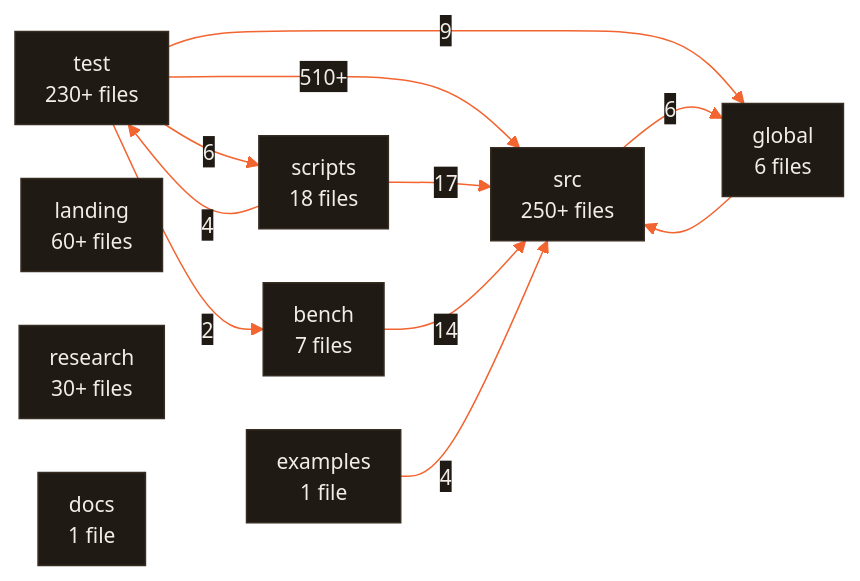
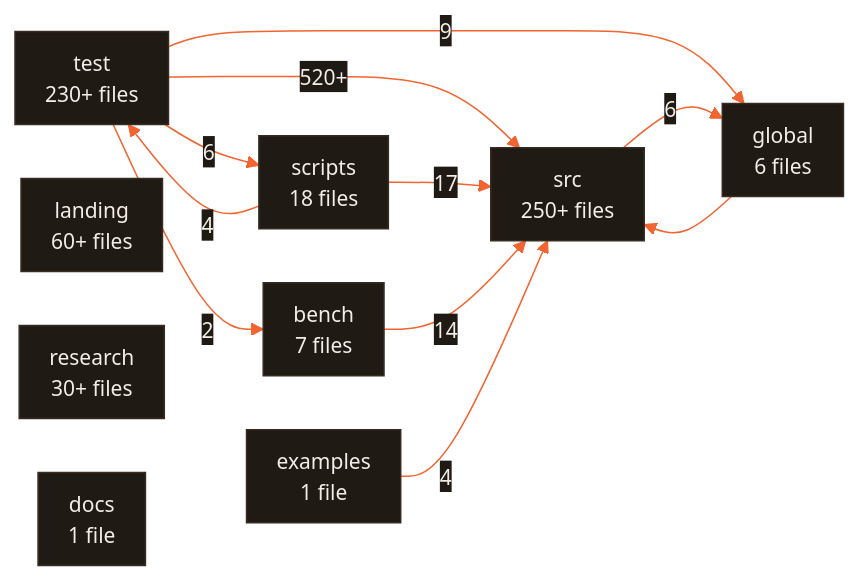
Before and after one commit to CodeWithJuber/forgekit: the diagram in ARCHITECTURE.md, drawn with Mermaid. The commit also changed other lines of this file and 31 other files, not shown here.

````diff
--- a/ARCHITECTURE.md
+++ b/ARCHITECTURE.md
@@ -680,23 +682,23 @@
 ```mermaid
 %%{init: {'theme':'base','themeVariables':{'primaryColor':'#201a15','primaryTextColor':'#f2ede7','primaryBorderColor':'#372c22','lineColor':'#f26430','secondaryColor':'#272019','tertiaryColor':'#171310','edgeLabelBackground':'#201a15','clusterBkg':'#171310','clusterBorder':'#4a3b2e','fontFamily':'ui-sans-serif, system-ui, sans-serif','fontSize':'14px'},'flowchart':{'curve':'basis','padding':10,'nodeSpacing':36,'rankSpacing':44}}}%%
 flowchart LR
   src["src<br/>250+ files"]
   test["test<br/>230+ files"]
   landing["landing<br/>60+ files"]
   research["research<br/>30+ files"]
   scripts["scripts<br/>18 files"]
   bench["bench<br/>7 files"]
   global["global<br/>6 files"]
   docs["docs<br/>1 file"]
   examples["examples<br/>1 file"]
-  test -- 510+ --> src
+  test -- 520+ --> src
   scripts -- 17 --> src
   bench -- 14 --> src
   test -- 9 --> global
   src -- 6 --> global
   test -- 6 --> scripts
   examples -- 4 --> src
   scripts -- 4 --> test
   test -- 2 --> bench
   global --> src
 ```
````
